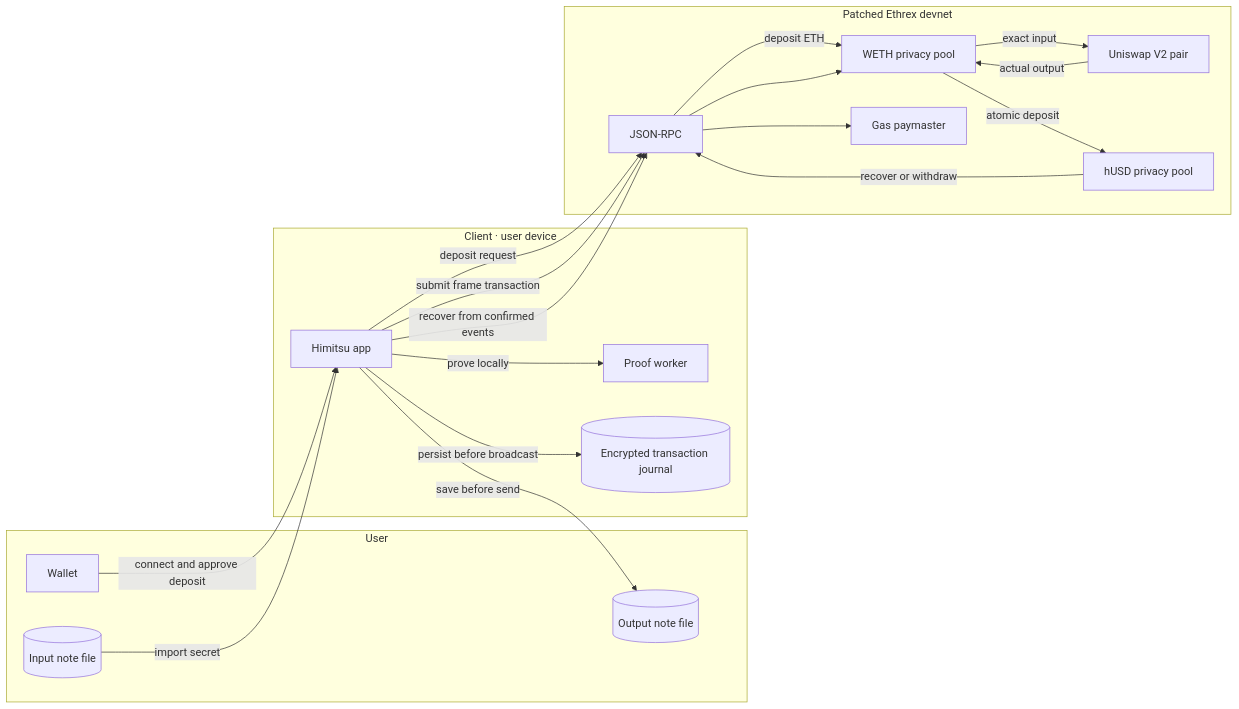
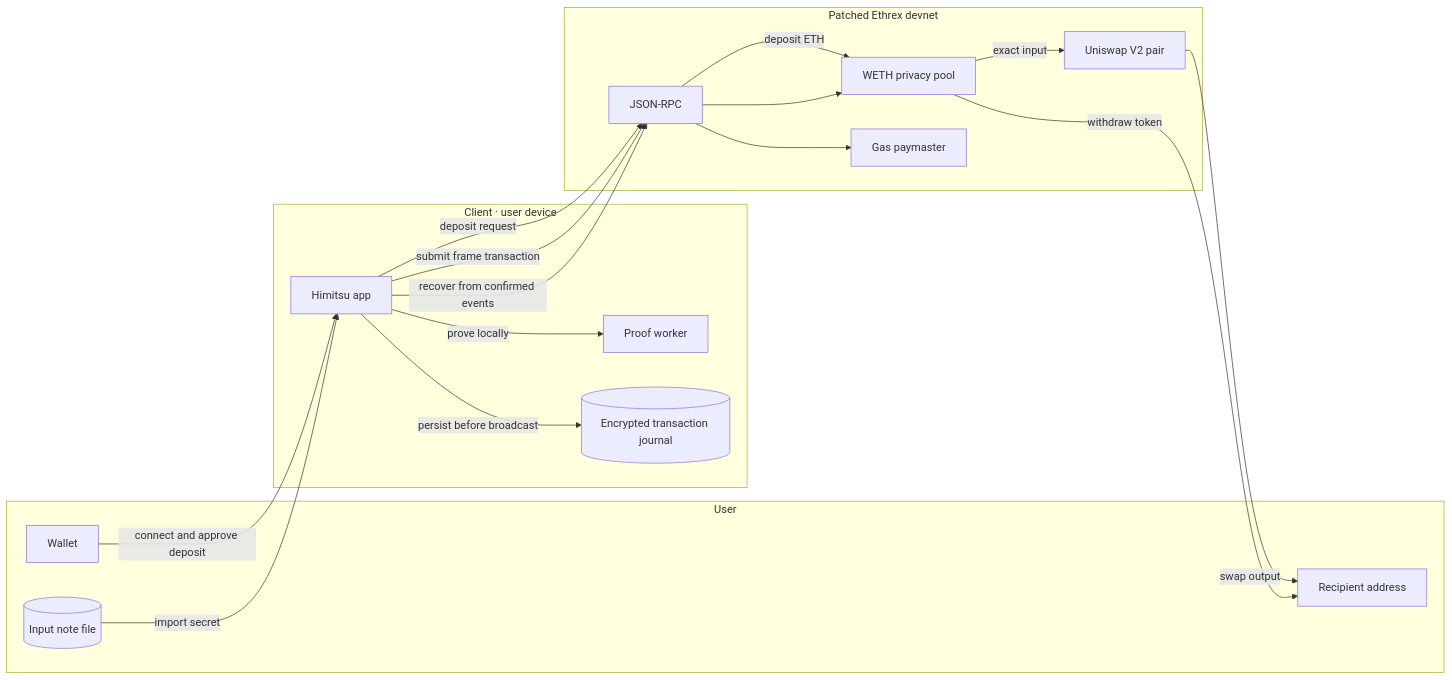
The first of 2 diagrams in README.md (deepakA18/himitsu), drawn with Mermaid before and after one commit. The commit also changed other lines of this file and 35 other files, not shown here.

Commit message:
Add atomic swap and withdraw flow

````diff
--- a/README.md
+++ b/README.md
@@ -41,38 +39,35 @@
 ```mermaid
 flowchart LR
     subgraph PERSON[User]
         WALLET[Wallet]
         INPUT[(Input note file)]
-        OUTPUT[(Output note file)]
+        RECIPIENT[Recipient address]
     end
 
     subgraph DEVICE[Client · user device]
         APP[Himitsu app]
         PROVER[Proof worker]
         JOURNAL[(Encrypted transaction journal)]
     end
 
     subgraph DEVNET[Patched Ethrex devnet]
         RPC[JSON-RPC]
         WETH[WETH privacy pool]
         SPONSOR[Gas paymaster]
         PAIR[Uniswap V2 pair]
-        GUSD[hUSD privacy pool]
     end
 
     WALLET -->|connect and approve deposit| APP
     APP -->|deposit request| RPC
     RPC -->|deposit ETH| WETH
     INPUT -->|import secret| APP
     APP -->|prove locally| PROVER
-    APP -->|save before send| OUTPUT
     APP -->|persist before broadcast| JOURNAL
     APP -->|submit frame transaction| RPC
     APP -->|recover from confirmed events| RPC
     RPC --> WETH
     RPC --> SPONSOR
     WETH -->|exact input| PAIR
-    PAIR -->|actual output| WETH
-    WETH -->|atomic deposit| GUSD
-    GUSD -->|recover or withdraw| RPC
+    PAIR -->|swap output| RECIPIENT
+    WETH -->|withdraw token| RECIPIENT
 ```
````
